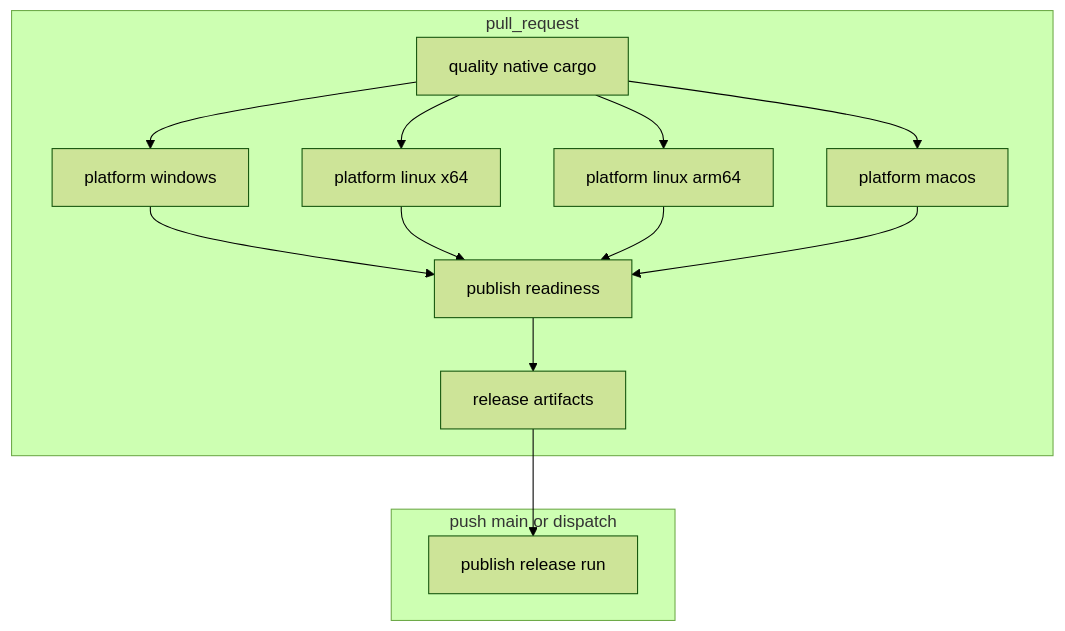
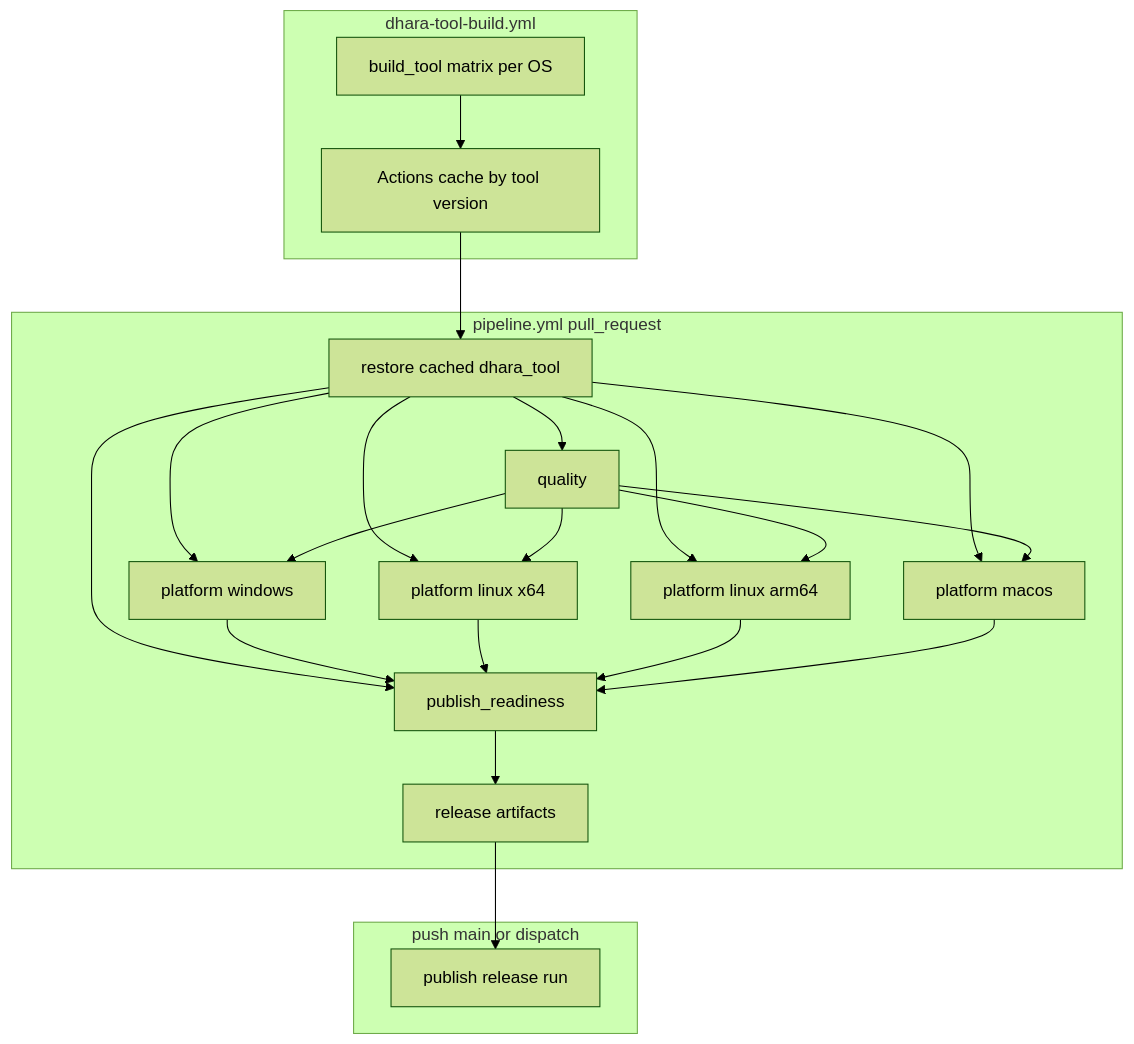
The diagram in docs/ci-cd-pipelines.md (D-Naveenz/dhara_storage), drawn with Mermaid (forest theme) before and after one commit. The commit also changed other lines of this file and 29 other files, not shown here.

First line of the commit message:
🚀 Add dhara_tool CI build workflow and integrate cached tool usage in pipeline

````diff
--- a/docs/ci-cd-pipelines.md
+++ b/docs/ci-cd-pipelines.md
@@ -17,18 +19,27 @@
 ```mermaid
 flowchart TB
-  subgraph pr ["pull_request"]
-    Q[quality native cargo]
+  subgraph tool_build ["dhara-tool-build.yml"]
+    TB[build_tool matrix per OS]
+    CACHE[Actions cache by tool version]
+    TB --> CACHE
+  end
+
+  subgraph pr ["pipeline.yml pull_request"]
+    RST[restore cached dhara_tool]
+    Q[quality]
     PW[platform windows]
     PL[platform linux x64]
     PLA[platform linux arm64]
     PM[platform macos]
-    PR[publish readiness]
+    PR[publish_readiness]
+    CACHE --> RST
+    RST --> Q & PW & PL & PLA & PM & PR
     Q --> PW & PL & PLA & PM --> PR
     PR --> ART[release artifacts]
   end
 
   subgraph cd ["push main or dispatch"]
     PUB[publish release run]
     ART --> PUB
   end
 ```
````
